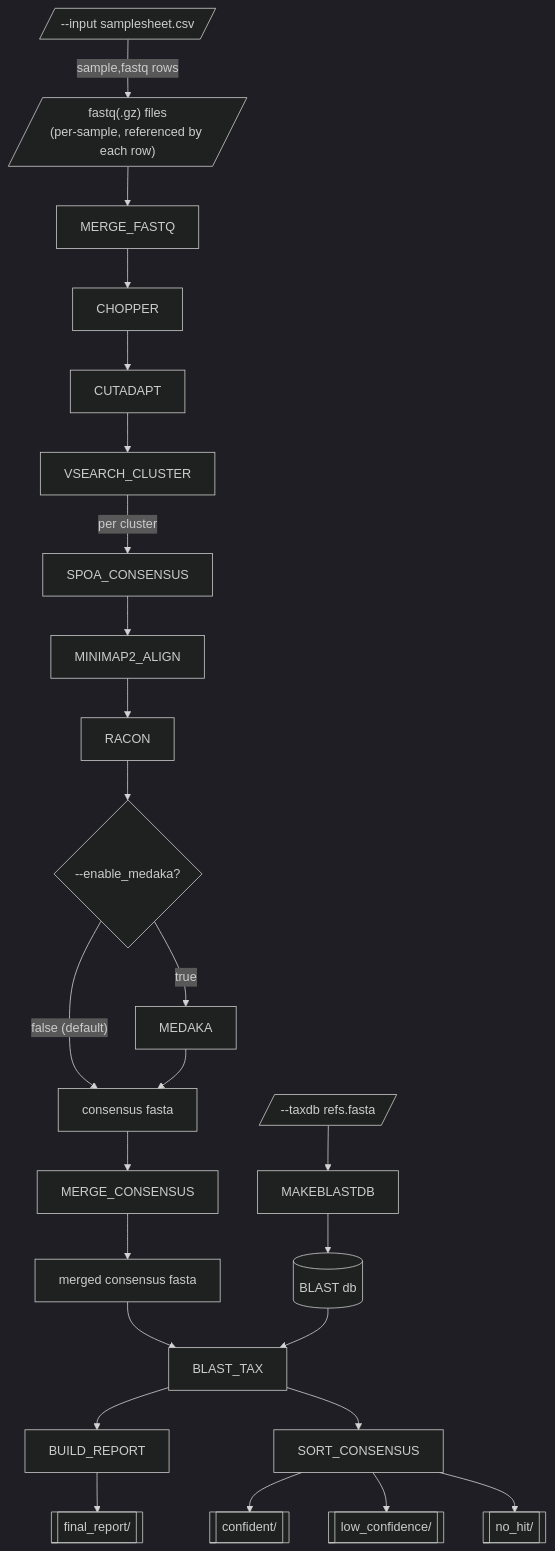
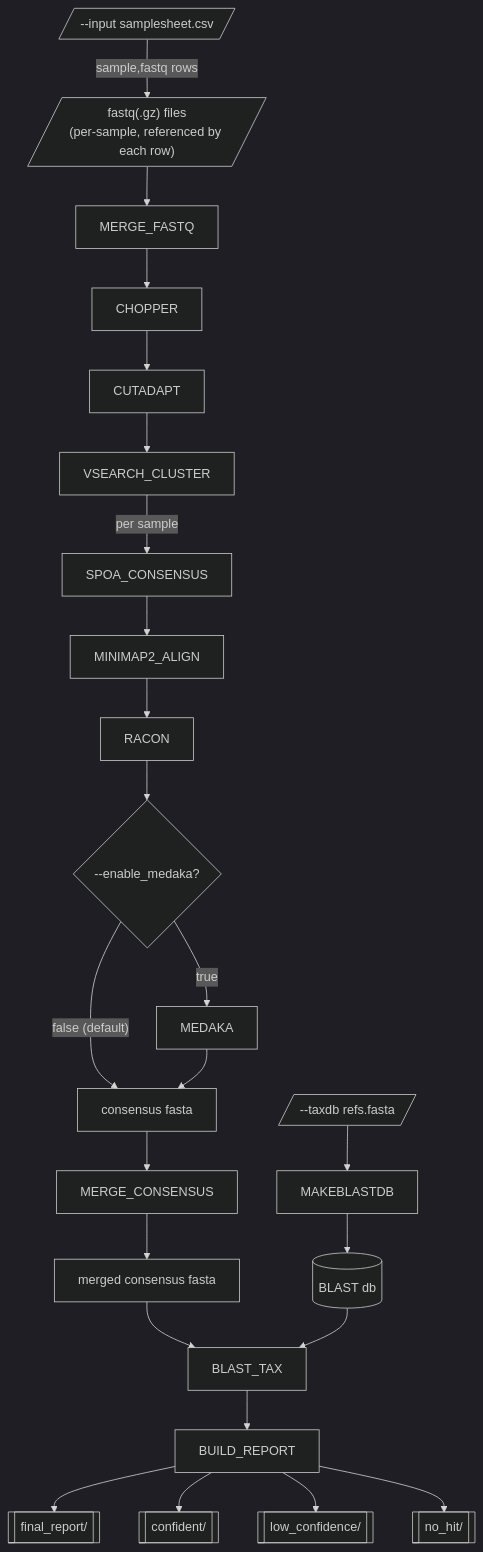
One commit to ehill-iolani/edna-ont-nf changed the diagram in README.md. Above: the diagram before and after it, drawn with Mermaid (dark theme). The commit also changed other lines of this file and 15 other files, not shown here.

Commit message:
run consensus steps once per sample instead of once per cluster

````diff
--- a/README.md
+++ b/README.md
@@ -82,25 +82,24 @@
 ```mermaid
 flowchart TD
     taxdb[/"--taxdb refs.fasta"/] --> MAKEBLASTDB
     MAKEBLASTDB --> blastdb[("BLAST db")]
 
     reads[/"--input samplesheet.csv"/] -->|"sample,fastq rows"| fastqs[/"fastq(.gz) files\n(per-sample, referenced by each row)"/]
     fastqs --> MERGE_FASTQ --> CHOPPER --> CUTADAPT --> VSEARCH_CLUSTER
-    VSEARCH_CLUSTER -->|"per cluster"| SPOA_CONSENSUS --> MINIMAP2_ALIGN --> RACON
+    VSEARCH_CLUSTER -->|"per sample"| SPOA_CONSENSUS --> MINIMAP2_ALIGN --> RACON
 
     RACON --> medaka_check{"--enable_medaka?"}
     medaka_check -->|"false (default)"| consensus["consensus fasta"]
     medaka_check -->|"true"| MEDAKA --> consensus
 
     consensus --> MERGE_CONSENSUS --> merged["merged consensus fasta"]
     merged --> BLAST_TAX
     blastdb --> BLAST_TAX
 
     BLAST_TAX --> BUILD_REPORT
-    BLAST_TAX --> SORT_CONSENSUS
 
     BUILD_REPORT --> report[["final_report/"]]
-    SORT_CONSENSUS --> confident[["confident/"]]
-    SORT_CONSENSUS --> lowconf[["low_confidence/"]]
-    SORT_CONSENSUS --> nohit[["no_hit/"]]
+    BUILD_REPORT --> confident[["confident/"]]
+    BUILD_REPORT --> lowconf[["low_confidence/"]]
+    BUILD_REPORT --> nohit[["no_hit/"]]
 ```
````
